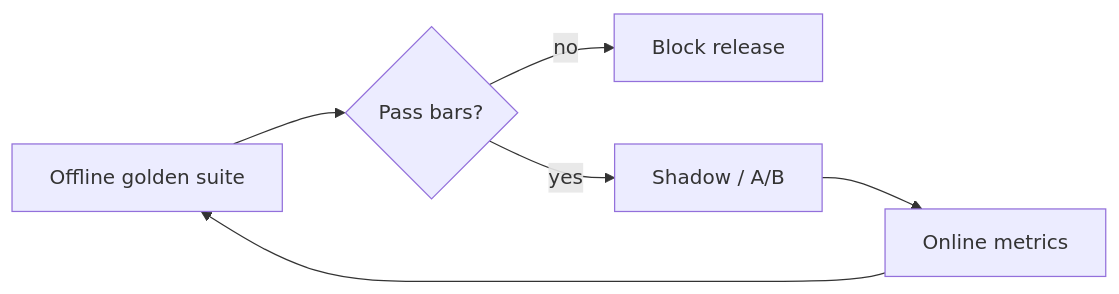
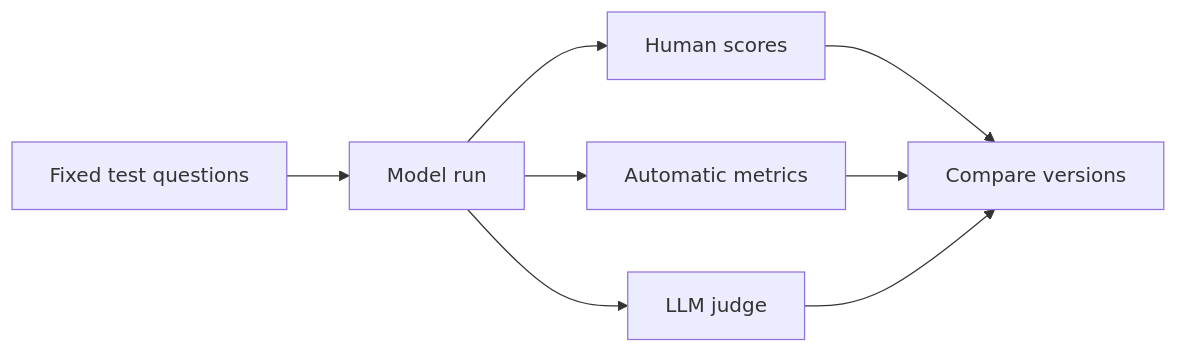
Before and after one commit to satishify/BackBenchLearner: the diagram in content/genai/module-2-prompting-rag/session-3-evals-safety/01-evaluation-metrics.md, drawn with Mermaid. The commit also changed other lines of this file and 199 other files, not shown here.

````diff
--- a/content/genai/module-2-prompting-rag/session-3-evals-safety/01-evaluation-metrics.md
+++ b/content/genai/module-2-prompting-rag/session-3-evals-safety/01-evaluation-metrics.md
@@ -63,8 +25,10 @@
 ```mermaid
 flowchart LR
-  Offline[Offline golden suite] --> Gate{Pass bars?}
-  Gate -->|no| Block[Block release]
-  Gate -->|yes| Shadow[Shadow / A/B]
-  Shadow --> Online[Online metrics]
-  Online --> Offline
+  Q[Fixed test questions] --> M[Model run]
+  M --> H[Human scores]
+  M --> A[Automatic metrics]
+  M --> J[LLM judge]
+  H --> R[Compare versions]
+  A --> R
+  J --> R
 ```
````
